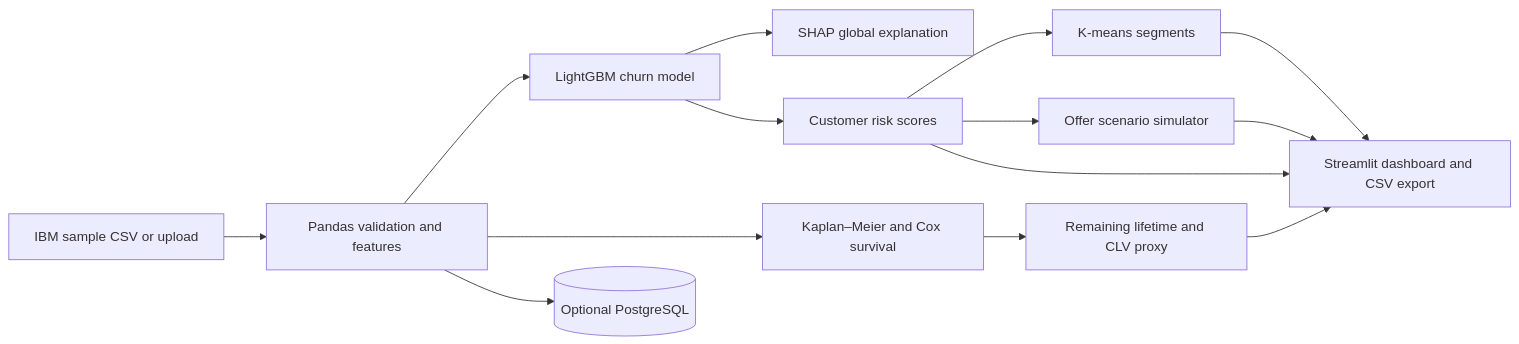
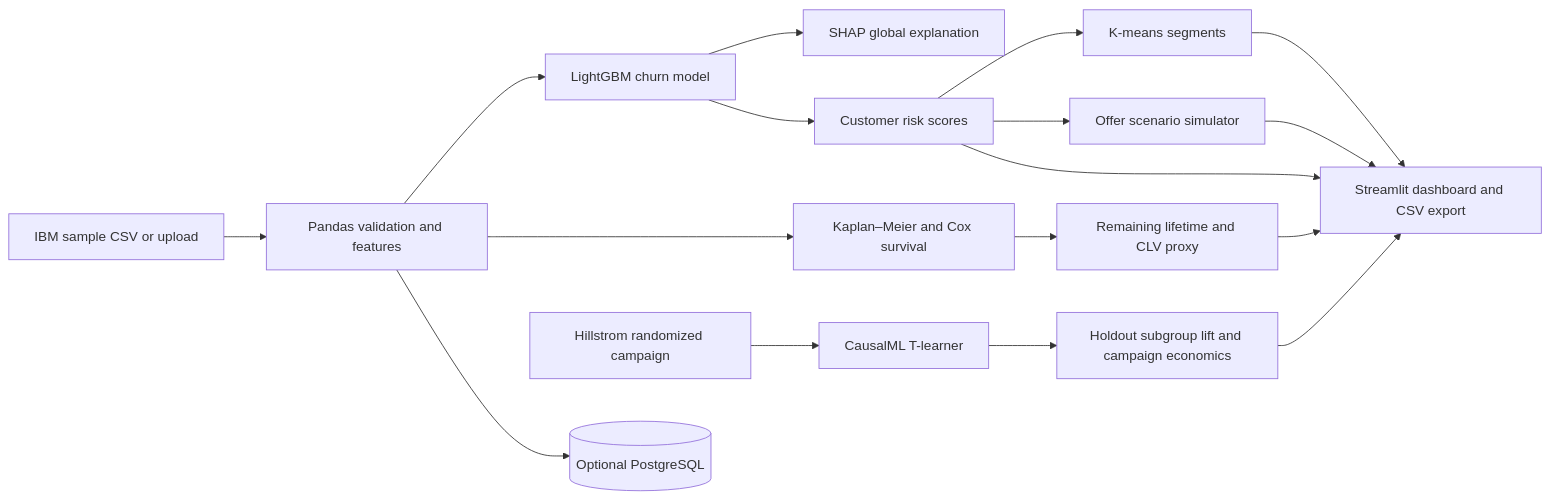
The diagram in README.md (Harsh0145/Customer-Lifetime-Value-Churn-Intelligence), drawn with Mermaid before and after one commit. The commit also changed other lines of this file and 5 other files, not shown here.

Commit message:
Add randomized campaign uplift analysis

````diff
--- a/README.md
+++ b/README.md
@@ -55,16 +63,19 @@
 ```mermaid
 flowchart LR
   A[IBM sample CSV or upload] --> B[Pandas validation and features]
   B --> C[LightGBM churn model]
   B --> D[Kaplan–Meier and Cox survival]
   C --> E[SHAP global explanation]
   C --> F[Customer risk scores]
   D --> G[Remaining lifetime and CLV proxy]
   F --> H[K-means segments]
   F --> I[Offer scenario simulator]
   B --> J[(Optional PostgreSQL)]
+  L[Hillstrom randomized campaign] --> M[CausalML T-learner]
+  M --> N[Holdout subgroup lift and campaign economics]
   F --> K[Streamlit dashboard and CSV export]
   G --> K
   H --> K
   I --> K
+  N --> K
 ```
````
